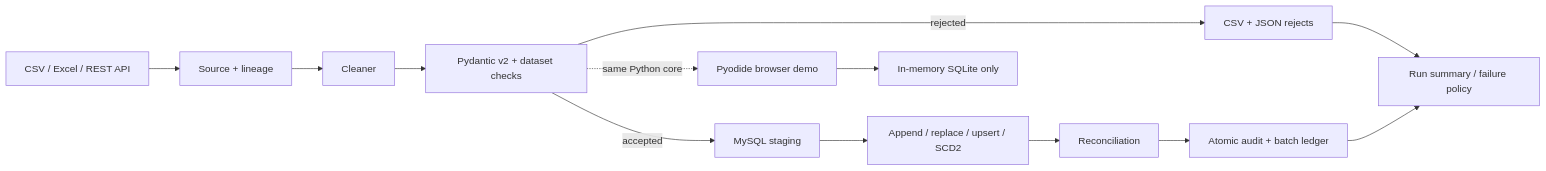
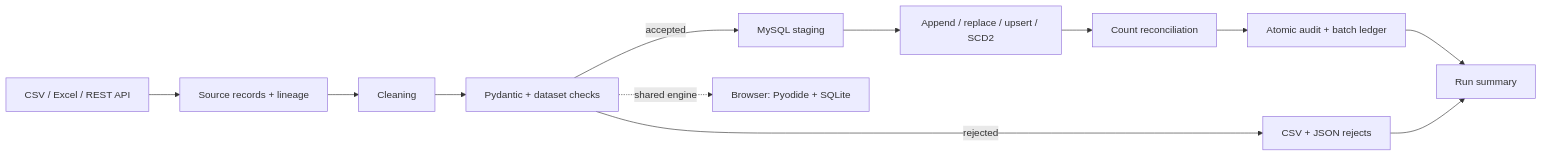
Before and after one commit to theraghavraman/etl-validation-toolkit: the diagram in README.md, drawn with Mermaid. The commit also changed other lines of this file and 20 other files, not shown here.

````diff
--- a/README.md
+++ b/README.md
@@ -42,15 +139,14 @@
 ```mermaid
 flowchart LR
-    A[CSV / Excel / REST API] --> B[Source + lineage]
-    B --> C[Cleaner]
-    C --> D[Pydantic v2 + dataset checks]
+    A[CSV / Excel / REST API] --> B[Source records + lineage]
+    B --> C[Cleaning]
+    C --> D[Pydantic + dataset checks]
     D -->|accepted| E[MySQL staging]
     E --> F[Append / replace / upsert / SCD2]
-    F --> G[Reconciliation]
-    D -->|rejected| H[CSV + JSON rejects]
-    G --> I[Atomic audit + batch ledger]
-    H --> J[Run summary / failure policy]
+    F --> G[Count reconciliation]
+    G --> H[Atomic audit + batch ledger]
+    D -->|rejected| I[CSV + JSON rejects]
+    H --> J[Run summary]
     I --> J
-    D -. same Python core .-> K[Pyodide browser demo]
-    K --> L[In-memory SQLite only]
+    D -. shared engine .-> K[Browser: Pyodide + SQLite]
 ```
````
